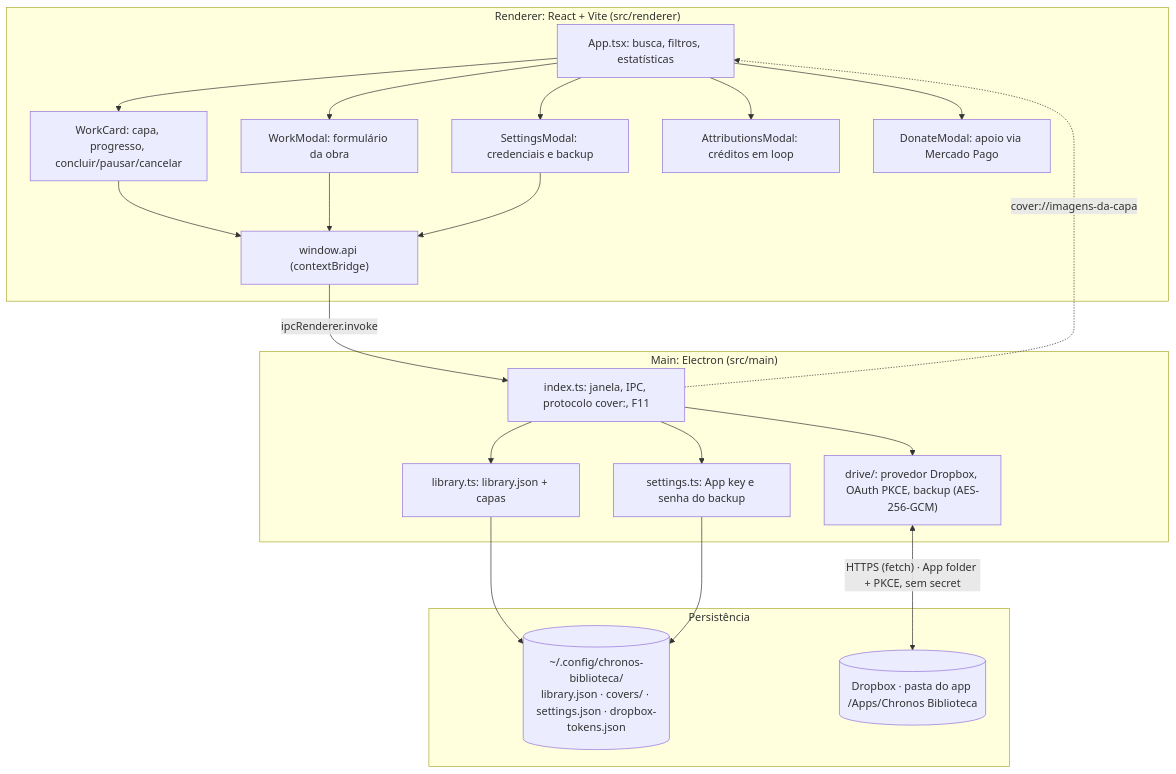
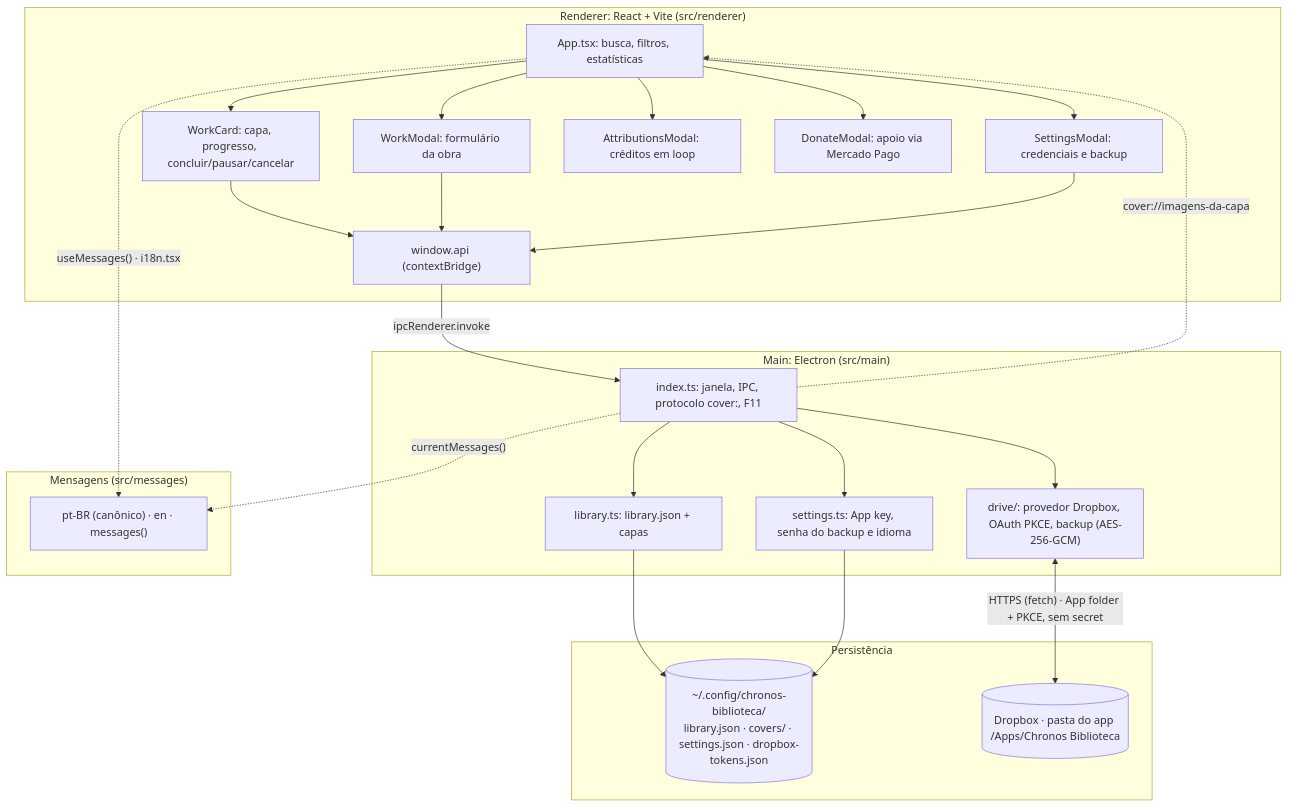
The first of 5 diagrams in README.md (chronos-atalante/chronos-biblioteca), drawn with Mermaid before and after one commit. The commit also changed other lines of this file and 50 other files, not shown here.

````diff
--- a/README.md
+++ b/README.md
@@ -192,39 +196,45 @@
 ```mermaid
 flowchart TD
     subgraph RENDERER["Renderer: React + Vite (src/renderer)"]
         UI1["App.tsx: busca, filtros, estatísticas"]
         UI2["WorkCard: capa, progresso, concluir/pausar/cancelar"]
         UI3["WorkModal: formulário da obra"]
         UI4["SettingsModal: credenciais e backup"]
         UI5["AttributionsModal: créditos em loop"]
         UI6["DonateModal: apoio via Mercado Pago"]
         BRIDGE["window.api (contextBridge)"]
         UI1 --> UI2
         UI1 --> UI3
         UI1 --> UI4
         UI1 --> UI5
         UI1 --> UI6
         UI2 --> BRIDGE
         UI3 --> BRIDGE
         UI4 --> BRIDGE
     end
 
     subgraph MAIN["Main: Electron (src/main)"]
         IDX["index.ts: janela, IPC, protocolo cover:, F11"]
         LIB["library.ts: library.json + capas"]
-        SET["settings.ts: App key e senha do backup"]
+        SET["settings.ts: App key, senha do backup e idioma"]
         DRV["drive/: provedor Dropbox, OAuth PKCE, backup (AES-256-GCM)"]
+    end
+
+    subgraph MSG["Mensagens (src/messages)"]
+        M1["pt-BR (canônico) · en · messages()"]
     end
 
     subgraph STORAGE["Persistência"]
         LOKAL[("~/.config/chronos-biblioteca/<br/>library.json · covers/ · settings.json · dropbox-tokens.json")]
         DRIVE[("Dropbox · pasta do app /Apps/Chronos Biblioteca")]
     end
 
     BRIDGE -->|"ipcRenderer.invoke"| IDX
     IDX --> LIB --> LOKAL
     IDX --> SET --> LOKAL
     IDX --> DRV
     DRV <-->|"HTTPS (fetch) · App folder + PKCE, sem secret"| DRIVE
     IDX -.->|"cover://imagens-da-capa"| UI1
+    UI1 -.->|"useMessages() · i18n.tsx"| M1
+    IDX -.->|"currentMessages()"| M1
 ```
````
